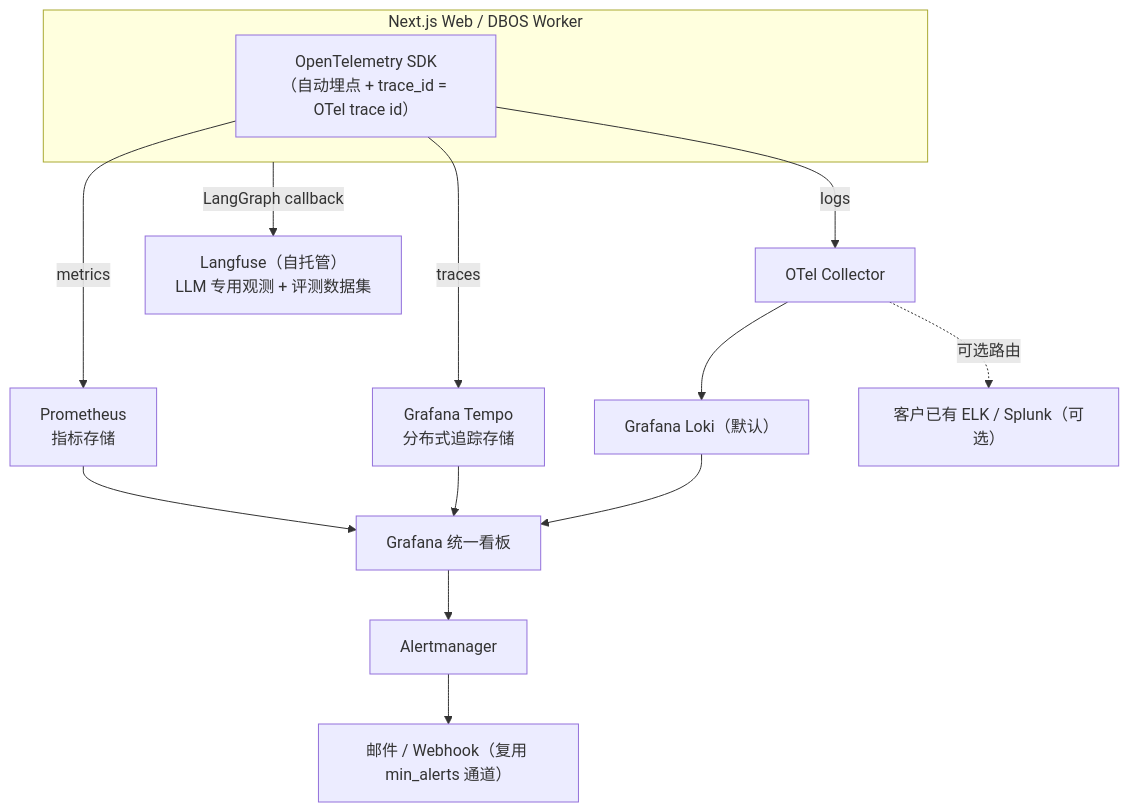
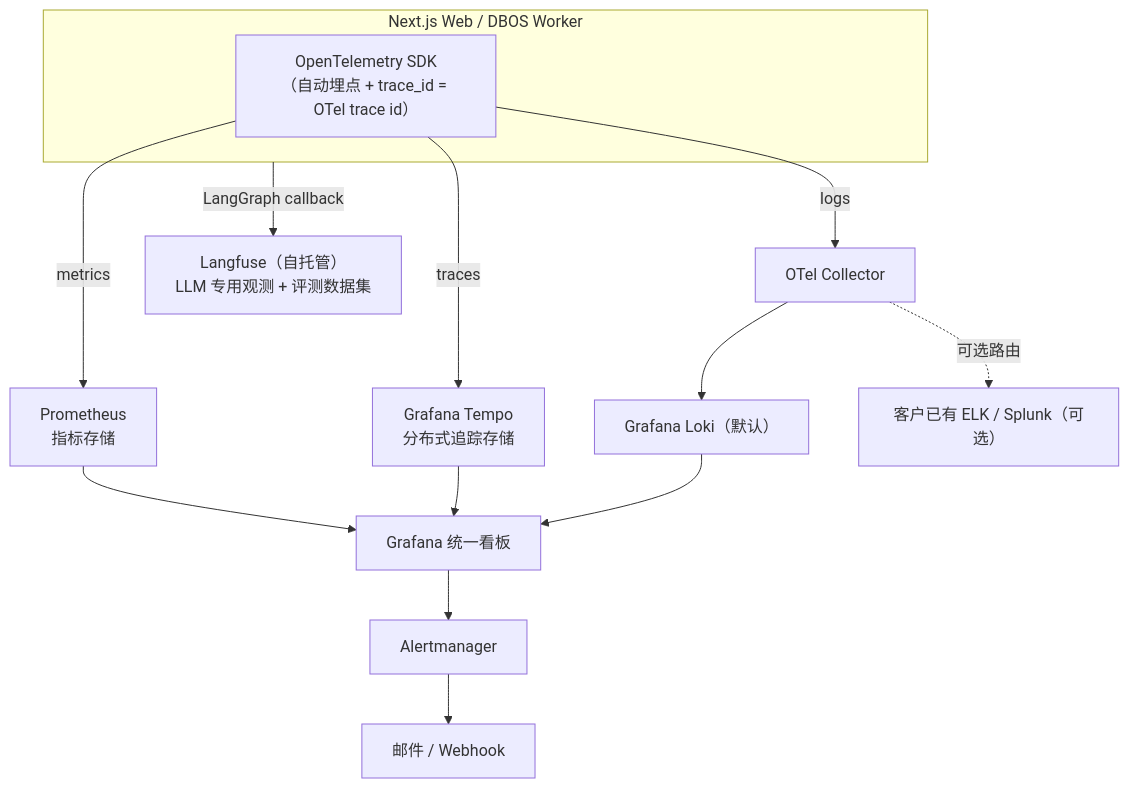
The diagram in docs/design/observability.md (codexlin/UnoRAG), drawn with Mermaid before and after one commit. The commit also changed other lines of this file, not shown here.

````diff
--- a/docs/design/observability.md
+++ b/docs/design/observability.md
@@ -38,17 +42,17 @@
 ```mermaid
 flowchart TB
     subgraph App["Next.js Web / DBOS Worker"]
         OTel["OpenTelemetry SDK\n（自动埋点 + trace_id = OTel trace id）"]
     end
     OTel -->|traces| Tempo["Grafana Tempo\n分布式追踪存储"]
     OTel -->|metrics| Prom["Prometheus\n指标存储"]
     OTel -->|logs| Collector["OTel Collector"]
     Collector --> Loki["Grafana Loki（默认）"]
     Collector -.可选路由.-> ELK["客户已有 ELK / Splunk（可选）"]
     App -->|LangGraph callback| Langfuse["Langfuse（自托管）\nLLM 专用观测 + 评测数据集"]
     Prom --> Grafana["Grafana 统一看板"]
     Tempo --> Grafana
     Loki --> Grafana
     Grafana --> AM["Alertmanager"]
-    AM --> Notify["邮件 / Webhook（复用 min_alerts 通道）"]
+    AM --> Notify["邮件 / Webhook"]
 ```
````
